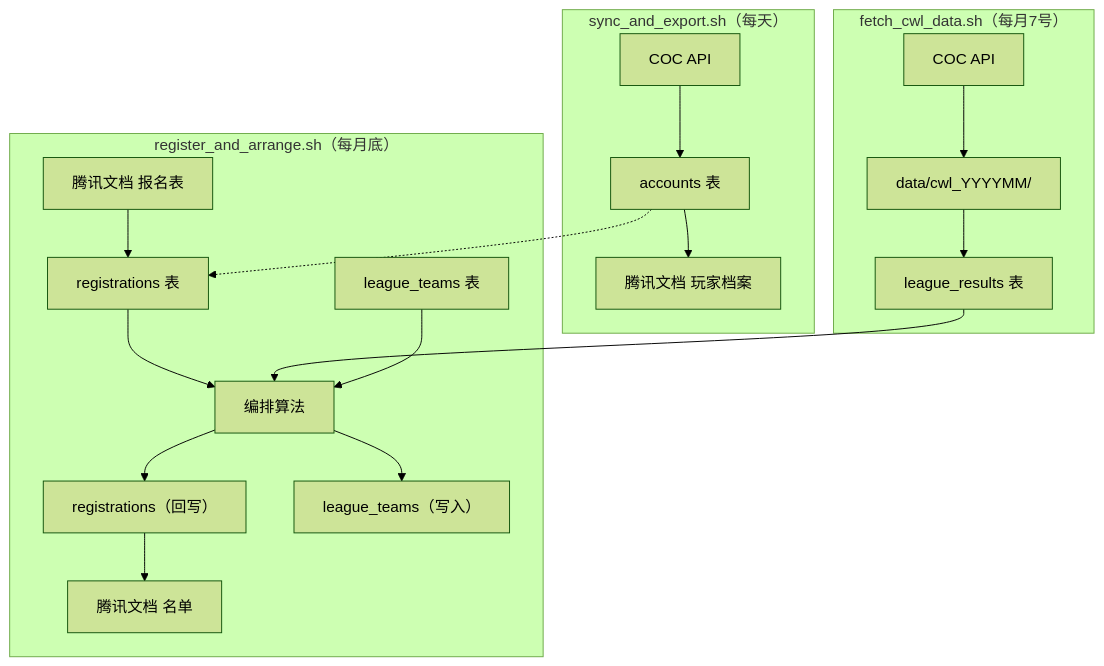
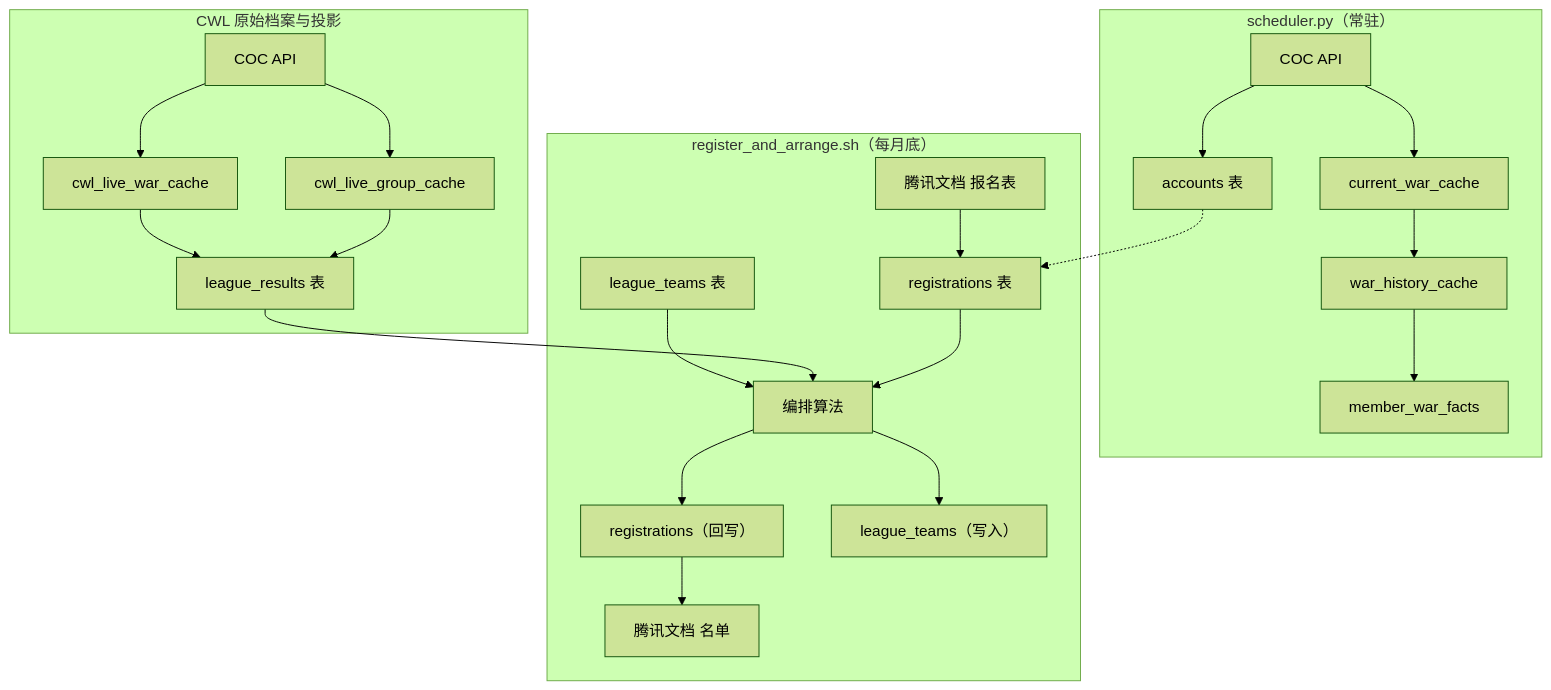
The second of 4 diagrams in docs/01-architecture.md (Pluto1944/sky-admin), drawn with Mermaid (forest theme) before and after one commit. The commit also changed other lines of this file and 45 other files, not shown here.

Commit message:
feat(war): rebuild normal and CWL battle data

````diff
--- a/docs/01-architecture.md
+++ b/docs/01-architecture.md
@@ -296,23 +297,27 @@
 ```mermaid
 flowchart TD
-    subgraph S1["sync_and_export.sh（每天）"]
+    subgraph S1["scheduler.py（常驻）"]
         COC1["COC API"] --> ACC["accounts 表"]
-        ACC --> TD1["腾讯文档 玩家档案"]
+        COC1 --> CW["current_war_cache"]
+        CW --> WH["war_history_cache"]
+        WH --> MWF["member_war_facts"]
     end
 
-    subgraph S2["fetch_cwl_data.sh（每月7号）"]
-        COC2["COC API"] --> JSON["data/cwl_YYYYMM/"]
-        JSON --> LR["league_results 表"]
+    subgraph S2["CWL 原始档案与投影"]
+        COC2["COC API"] --> CG["cwl_live_group_cache"]
+        COC2 --> CWLWAR["cwl_live_war_cache"]
+        CG --> LR["league_results 表"]
+        CWLWAR --> LR
     end
 
     subgraph S3["register_and_arrange.sh（每月底）"]
         TD2["腾讯文档 报名表"] --> REG["registrations 表"]
         ACC -.-> REG
         REG --> ARR["编排算法"]
         LR --> ARR
         LT["league_teams 表"] --> ARR
         ARR --> REG2["registrations（回写）"]
         ARR --> LT2["league_teams（写入）"]
         REG2 --> TD3["腾讯文档 名单"]
     end
 ```
````
